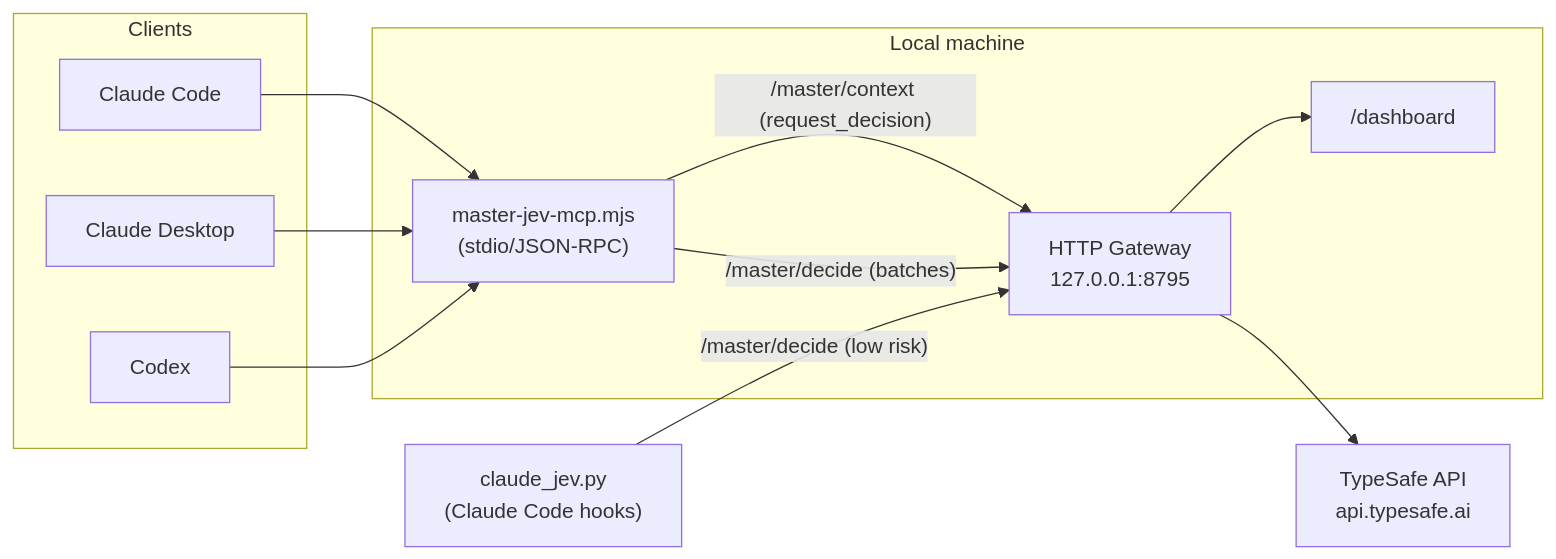
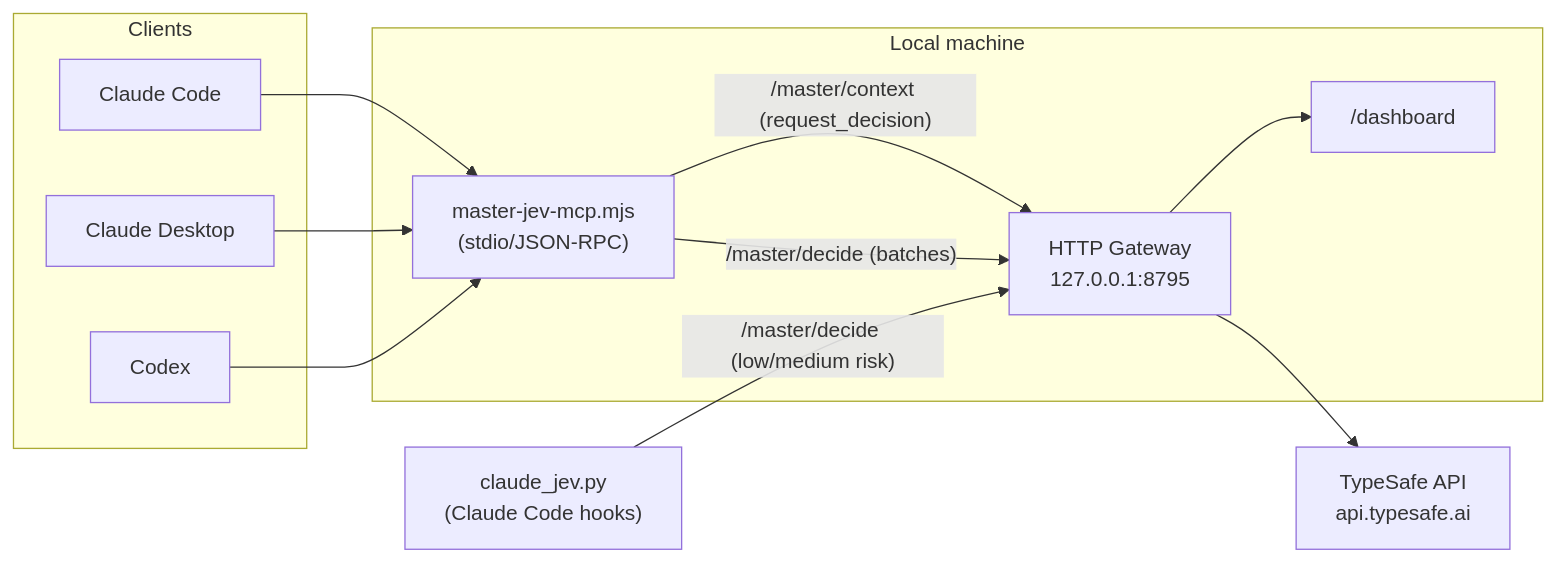
One commit to sophia-phillipa/master-jev-hook changed the first of 2 diagrams in README.md. Above: the diagram before and after it, drawn with Mermaid. The commit also changed other lines of this file and 9 other files, not shown here.

````diff
--- a/README.md
+++ b/README.md
@@ -38,24 +38,24 @@
 ```mermaid
 flowchart LR
     subgraph Clients
         CC[Claude Code]
         CD[Claude Desktop]
         CX[Codex]
     end
     subgraph Local["Local machine"]
         MCP["master-jev-mcp.mjs\n(stdio/JSON-RPC)"]
         GW["HTTP Gateway\n127.0.0.1:8795"]
         DASH["/dashboard"]
     end
     API["TypeSafe API\napi.typesafe.ai"]
     HOOKS["claude_jev.py\n(Claude Code hooks)"]
 
     CC --> MCP
     CD --> MCP
     CX --> MCP
     MCP -->|"/master/context (request_decision)"| GW
     MCP -->|"/master/decide (batches)"| GW
-    HOOKS -->|"/master/decide (low risk)"| GW
+    HOOKS -->|"/master/decide (low/medium risk)"| GW
     GW --> API
     GW --> DASH
 ```
````
